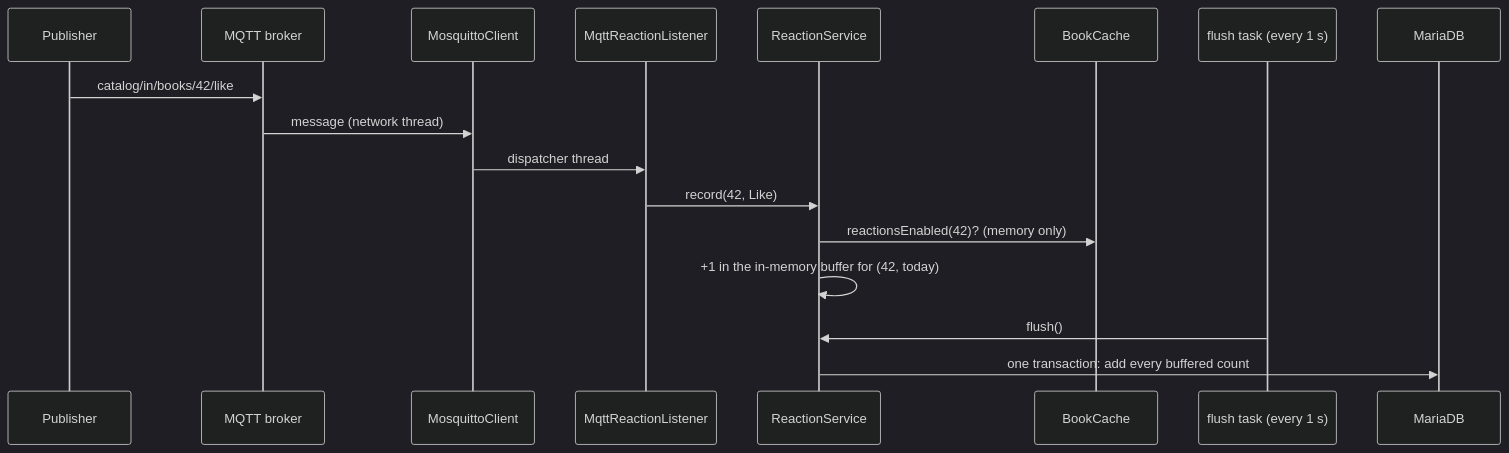
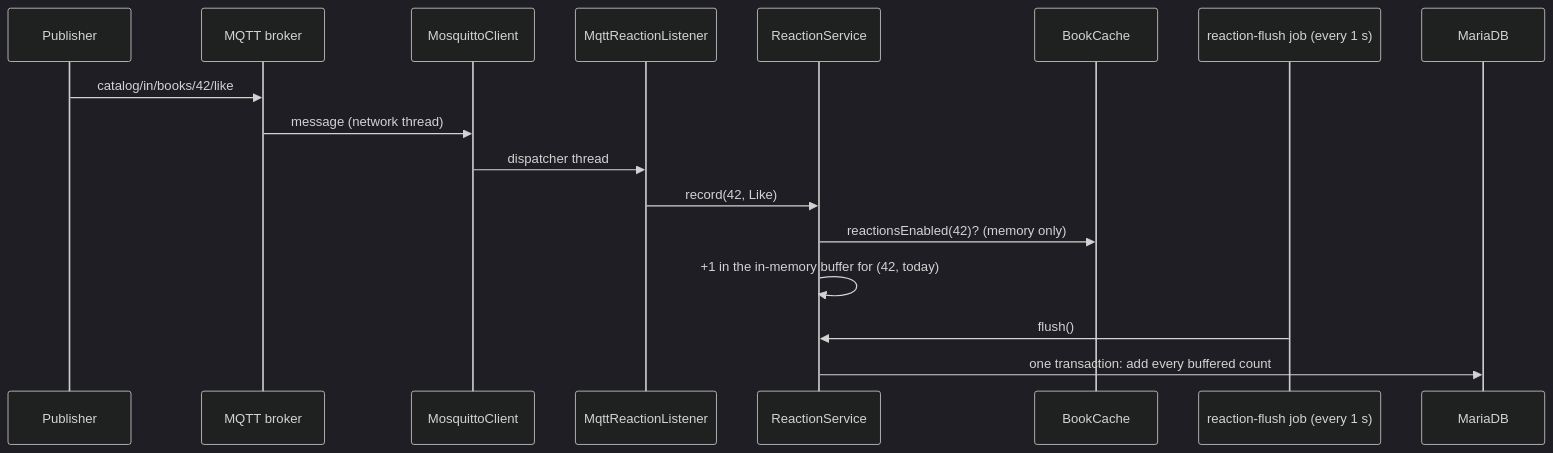
Before and after one commit to elampros/caelitus: the fourth of 5 diagrams in README.md, drawn with Mermaid (dark theme). The commit also changed other lines of this file and 48 other files, not shown here.

````diff
--- a/README.md
+++ b/README.md
@@ -590,19 +604,19 @@
 ```mermaid
 sequenceDiagram
     participant P as Publisher
     participant B as MQTT broker
     participant M as MosquittoClient
     participant L as MqttReactionListener
     participant RS as ReactionService
     participant BC as BookCache
-    participant F as flush task (every 1 s)
+    participant F as reaction-flush job (every 1 s)
     participant DB as MariaDB
     P->>B: catalog/in/books/42/like
     B->>M: message (network thread)
     M->>L: dispatcher thread
     L->>RS: record(42, Like)
     RS->>BC: reactionsEnabled(42)? (memory only)
     RS->>RS: +1 in the in-memory buffer for (42, today)
     F->>RS: flush()
     RS->>DB: one transaction: add every buffered count
 ```
````
